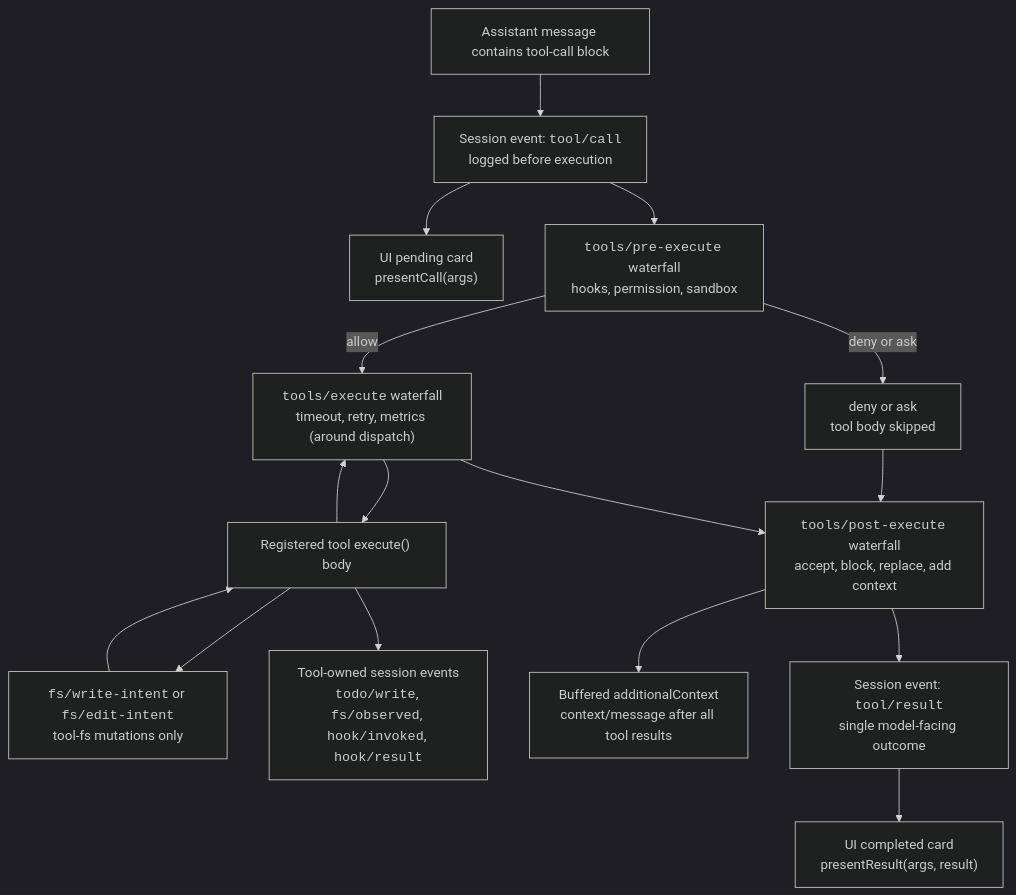
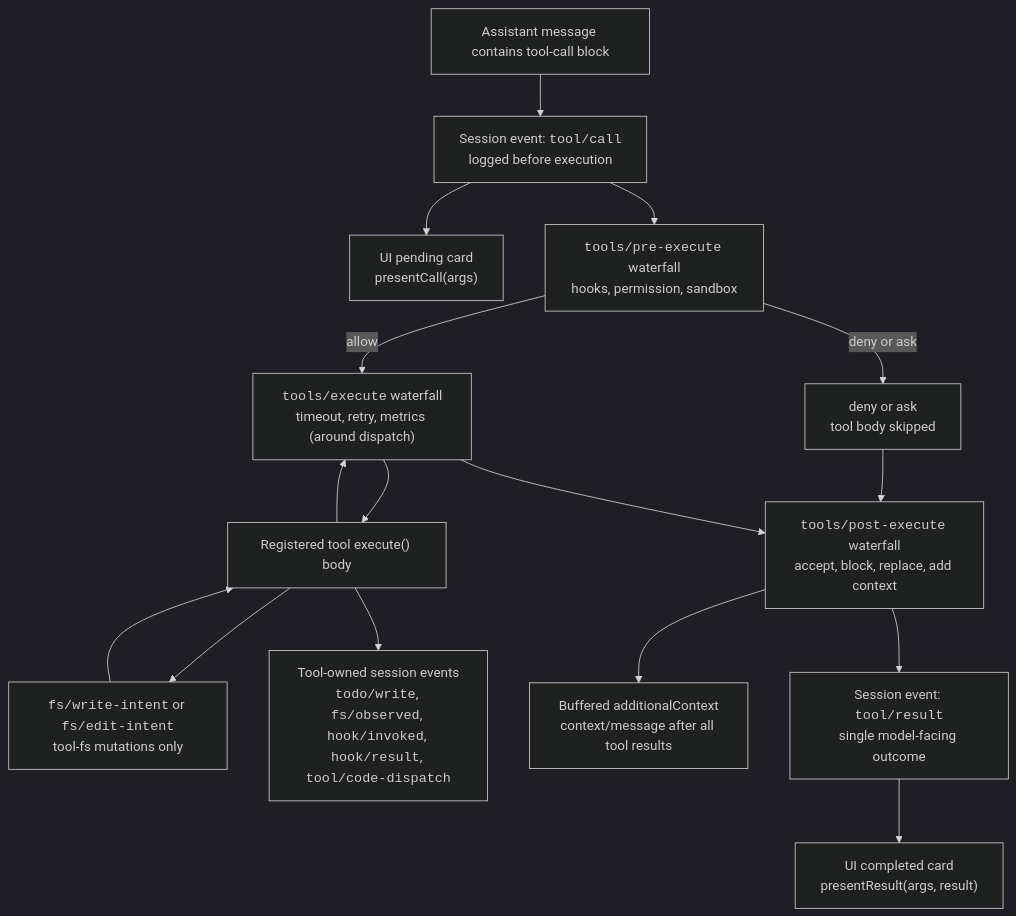
Before and after one commit to eru123/coco-harness: the diagram in docs/tool-execution-pipeline.md, drawn with Mermaid (dark theme). The commit also changed other lines of this file and 59 other files, not shown here.

````diff
--- a/docs/tool-execution-pipeline.md
+++ b/docs/tool-execution-pipeline.md
@@ -8,31 +8,31 @@
 ```mermaid
 flowchart TD
   model["Assistant message contains tool-call block"]
   toolCall["Session event: <code>tool/call</code><br/>logged before execution"]
   presentCall["UI pending card<br/>presentCall(args)"]
   pre["<code>tools/pre-execute</code> waterfall<br/>hooks, permission, sandbox"]
   denied["deny or ask<br/>tool body skipped"]
   around["<code>tools/execute</code> waterfall<br/>timeout, retry, metrics (around dispatch)"]
   toolBody["Registered tool execute() body"]
   fsGate["<code>fs/write-intent</code> or <code>fs/edit-intent</code><br/>tool-fs mutations only"]
-  owned["Tool-owned session events<br/><code>todo/write</code>, <code>fs/observed</code>, <code>hook/invoked</code>, <code>hook/result</code>"]
+  owned["Tool-owned session events<br/><code>todo/write</code>, <code>fs/observed</code>, <code>hook/invoked</code>, <code>hook/result</code>, <code>tool/code-dispatch</code>"]
   post["<code>tools/post-execute</code> waterfall<br/>accept, block, replace, add context"]
   context["Buffered additionalContext<br/>context/message after all tool results"]
   toolResult["Session event: <code>tool/result</code><br/>single model-facing outcome"]
   presentResult["UI completed card<br/>presentResult(args, result)"]
   model --> toolCall
   toolCall --> presentCall
   toolCall --> pre
   pre -->|allow| around
   around --> toolBody
   pre -->|deny or ask| denied
   denied --> post
   toolBody --> fsGate
   fsGate --> toolBody
   toolBody --> owned
   toolBody --> around
   around --> post
   post --> context
   post --> toolResult
   toolResult --> presentResult
 ```
````
